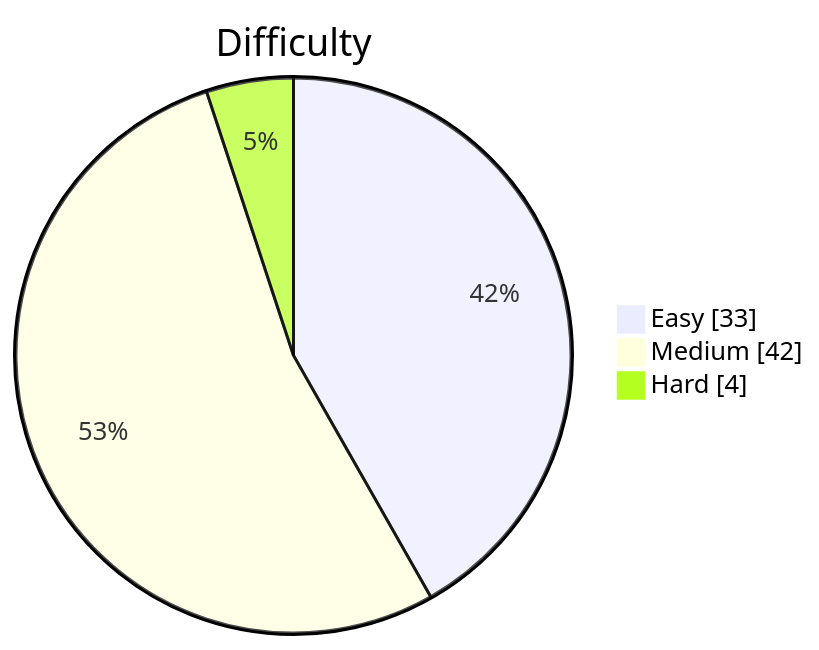
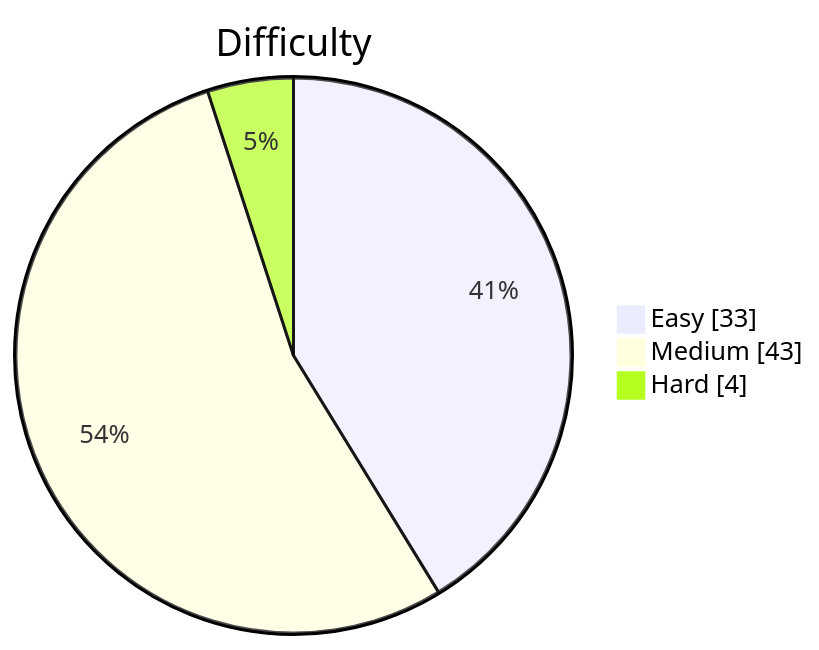
Before and after one commit to kevstevie/python-algo-practice: the diagram in README.md, drawn with Mermaid. The commit also changed other lines of this file, not shown here.

````diff
--- a/README.md
+++ b/README.md
@@ -13,7 +13,7 @@
 ```mermaid
 pie showData
     title Difficulty
     "Easy"   : 33
-    "Medium" : 42
+    "Medium" : 43
     "Hard"   : 4
 ```
````
